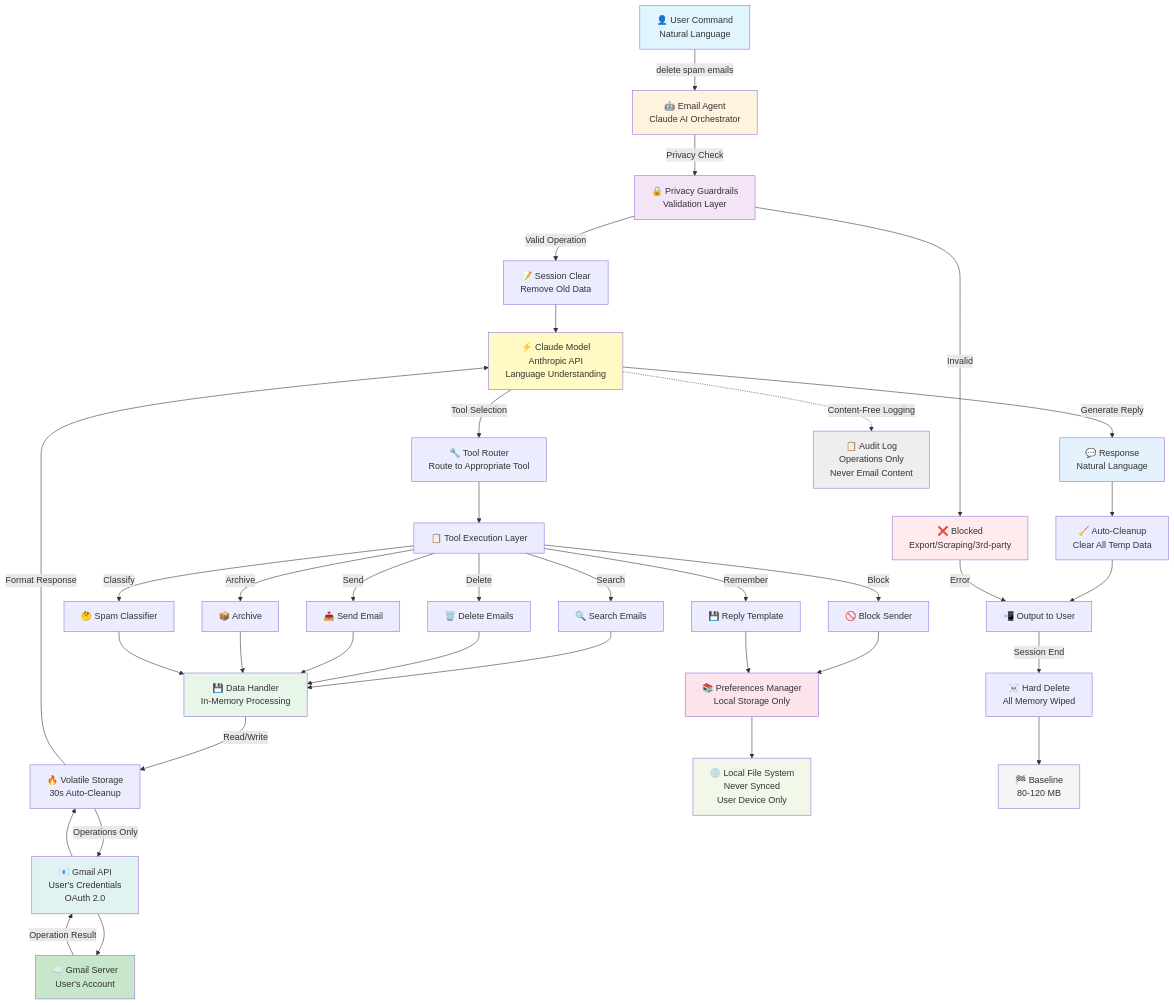
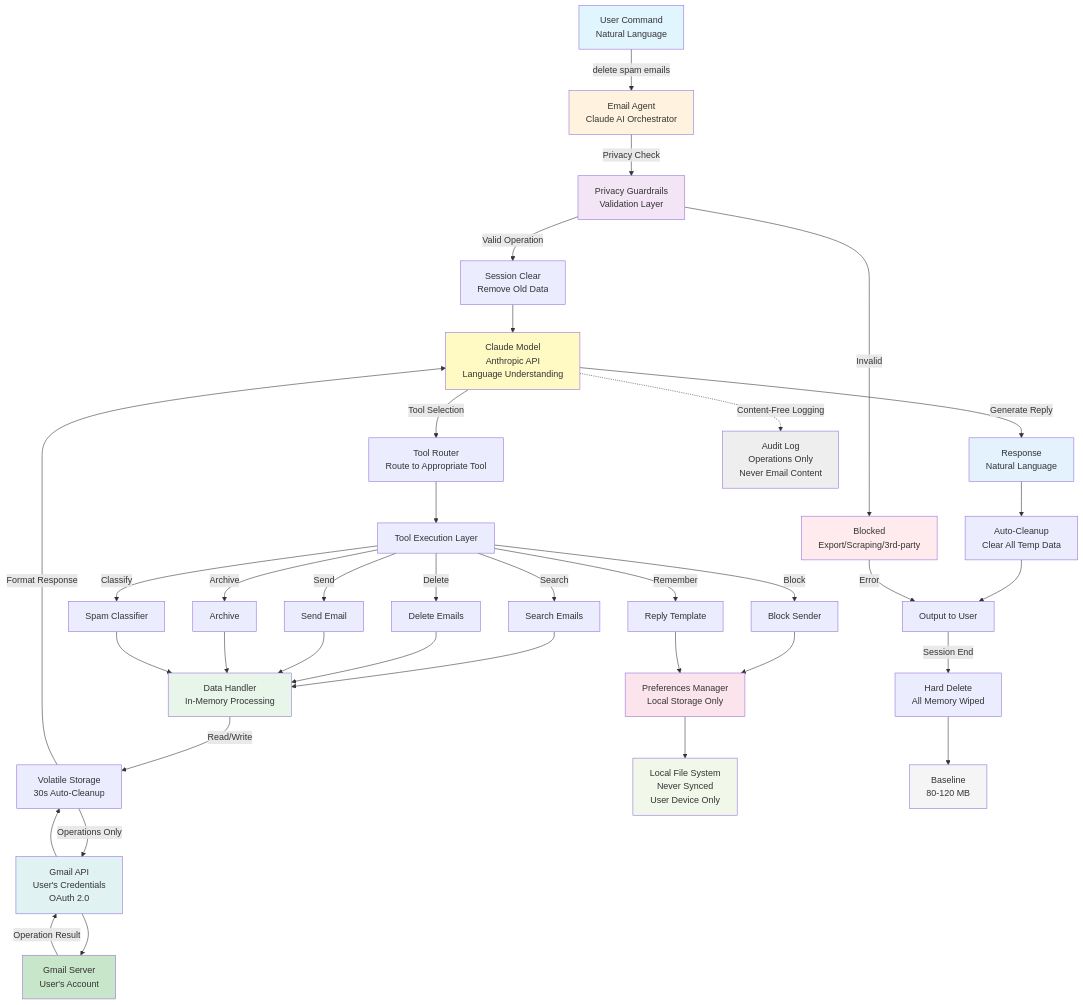
Before and after one commit to fivepanelhat/CAT-mail: the first of 10 diagrams in ARCHITECTURE.md, drawn with Mermaid. The commit also changed other lines of this file and 50 other files, not shown here.

````diff
--- a/ARCHITECTURE.md
+++ b/ARCHITECTURE.md
@@ -5,76 +5,76 @@
 ```mermaid
 graph TB
-    User["👤 User Command<br/>Natural Language"]
-    
-    User -->|"delete spam emails"| Agent["🤖 Email Agent<br/>Claude AI Orchestrator"]
-    
-    Agent -->|"Privacy Check"| Guards["🔒 Privacy Guardrails<br/>Validation Layer"]
-    
-    Guards -->|"Valid Operation"| SessionClear["📝 Session Clear<br/>Remove Old Data"]
-    Guards -->|"Invalid"| Blocked["❌ Blocked<br/>Export/Scraping/3rd-party"]
-    
-    SessionClear --> Claude["⚡ Claude Model<br/>Anthropic API<br/>Language Understanding"]
-    
-    Claude -->|"Tool Selection"| ToolRouter["🔧 Tool Router<br/>Route to Appropriate Tool"]
-    
-    ToolRouter --> Tools["📋 Tool Execution Layer"]
-    
-    Tools -->|"Search"| SearchTool["🔍 Search Emails"]
-    Tools -->|"Delete"| DeleteTool["🗑️ Delete Emails"]
-    Tools -->|"Send"| SendTool["📤 Send Email"]
-    Tools -->|"Archive"| ArchiveTool["📦 Archive"]
-    Tools -->|"Classify"| ClassifyTool["🤔 Spam Classifier"]
-    Tools -->|"Block"| BlockTool["🚫 Block Sender"]
-    Tools -->|"Remember"| TemplateTool["💾 Reply Template"]
-    
-    SearchTool --> DataHandler["💾 Data Handler<br/>In-Memory Processing"]
-    DeleteTool --> DataHandler
-    SendTool --> DataHandler
-    ArchiveTool --> DataHandler
-    ClassifyTool --> DataHandler
-    
-    DataHandler -->|"Read/Write"| VolatileStorage["🔥 Volatile Storage<br/>30s Auto-Cleanup"]
-    
-    BlockTool --> PrefsManager["📚 Preferences Manager<br/>Local Storage Only"]
-    TemplateTool --> PrefsManager
-    
-    VolatileStorage -->|"Operations Only"| Gmail["📧 Gmail API<br/>User's Credentials<br/>OAuth 2.0"]
-    
-    Gmail --> GmailServer["☁️ Gmail Server<br/>User's Account"]
-    
-    PrefsManager --> LocalFS["💿 Local File System<br/>Never Synced<br/>User Device Only"]
-    
-    GmailServer -->|"Operation Result"| Gmail
-    
-    Gmail --> VolatileStorage
-    
-    VolatileStorage -->|"Format Response"| Claude
-    
-    Claude -->|"Generate Reply"| Response["💬 Response<br/>Natural Language"]
-    
-    Response --> AutoCleanup["🧹 Auto-Cleanup<br/>Clear All Temp Data"]
-    
-    AutoCleanup --> UserOutput["📲 Output to User"]
-    
-    UserOutput -->|"Session End"| HardDelete["☠️ Hard Delete<br/>All Memory Wiped"]
-    
-    HardDelete --> Baseline["🏁 Baseline<br/>80-120 MB"]
-    
-    Blocked -->|"Error"| UserOutput
-    
-    Claude -.->|"Content-Free Logging"| AuditLog["📋 Audit Log<br/>Operations Only<br/>Never Email Content"]
-    
-    style User fill:#e1f5ff
-    style Agent fill:#fff3e0
-    style Guards fill:#f3e5f5
-    style Claude fill:#fff9c4
-    style DataHandler fill:#e8f5e9
-    style PrefsManager fill:#fce4ec
-    style Gmail fill:#e0f2f1
-    style GmailServer fill:#c8e6c9
-    style LocalFS fill:#f1f8e9
-    style Response fill:#e3f2fd
-    style AuditLog fill:#eeeeee
-    style Blocked fill:#ffebee
-    style Baseline fill:#f5f5f5
+ User[" User Command<br/>Natural Language"]
+ 
+ User -->|"delete spam emails"| Agent[" Email Agent<br/>Claude AI Orchestrator"]
+ 
+ Agent -->|"Privacy Check"| Guards[" Privacy Guardrails<br/>Validation Layer"]
+ 
+ Guards -->|"Valid Operation"| SessionClear[" Session Clear<br/>Remove Old Data"]
+ Guards -->|"Invalid"| Blocked[" Blocked<br/>Export/Scraping/3rd-party"]
+ 
+ SessionClear --> Claude[" Claude Model<br/>Anthropic API<br/>Language Understanding"]
+ 
+ Claude -->|"Tool Selection"| ToolRouter[" Tool Router<br/>Route to Appropriate Tool"]
+ 
+ ToolRouter --> Tools[" Tool Execution Layer"]
+ 
+ Tools -->|"Search"| SearchTool[" Search Emails"]
+ Tools -->|"Delete"| DeleteTool[" Delete Emails"]
+ Tools -->|"Send"| SendTool[" Send Email"]
+ Tools -->|"Archive"| ArchiveTool[" Archive"]
+ Tools -->|"Classify"| ClassifyTool[" Spam Classifier"]
+ Tools -->|"Block"| BlockTool[" Block Sender"]
+ Tools -->|"Remember"| TemplateTool[" Reply Template"]
+ 
+ SearchTool --> DataHandler[" Data Handler<br/>In-Memory Processing"]
+ DeleteTool --> DataHandler
+ SendTool --> DataHandler
+ ArchiveTool --> DataHandler
+ ClassifyTool --> DataHandler
+ 
+ DataHandler -->|"Read/Write"| VolatileStorage[" Volatile Storage<br/>30s Auto-Cleanup"]
+ 
+ BlockTool --> PrefsManager[" Preferences Manager<br/>Local Storage Only"]
+ TemplateTool --> PrefsManager
+ 
+ VolatileStorage -->|"Operations Only"| Gmail[" Gmail API<br/>User's Credentials<br/>OAuth 2.0"]
+ 
+ Gmail --> GmailServer[" Gmail Server<br/>User's Account"]
+ 
+ PrefsManager --> LocalFS[" Local File System<br/>Never Synced<br/>User Device Only"]
+ 
+ GmailServer -->|"Operation Result"| Gmail
+ 
+ Gmail --> VolatileStorage
+ 
+ VolatileStorage -->|"Format Response"| Claude
+ 
+ Claude -->|"Generate Reply"| Response[" Response<br/>Natural Language"]
+ 
+ Response --> AutoCleanup[" Auto-Cleanup<br/>Clear All Temp Data"]
+ 
+ AutoCleanup --> UserOutput[" Output to User"]
+ 
+ UserOutput -->|"Session End"| HardDelete[" Hard Delete<br/>All Memory Wiped"]
+ 
+ HardDelete --> Baseline[" Baseline<br/>80-120 MB"]
+ 
+ Blocked -->|"Error"| UserOutput
+ 
+ Claude -.->|"Content-Free Logging"| AuditLog[" Audit Log<br/>Operations Only<br/>Never Email Content"]
+ 
+ style User fill:#e1f5ff
+ style Agent fill:#fff3e0
+ style Guards fill:#f3e5f5
+ style Claude fill:#fff9c4
+ style DataHandler fill:#e8f5e9
+ style PrefsManager fill:#fce4ec
+ style Gmail fill:#e0f2f1
+ style GmailServer fill:#c8e6c9
+ style LocalFS fill:#f1f8e9
+ style Response fill:#e3f2fd
+ style AuditLog fill:#eeeeee
+ style Blocked fill:#ffebee
+ style Baseline fill:#f5f5f5
 ```
````
